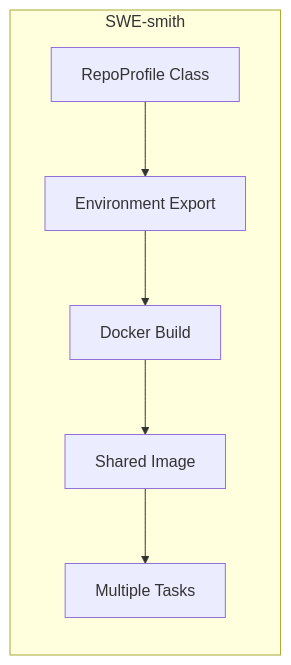
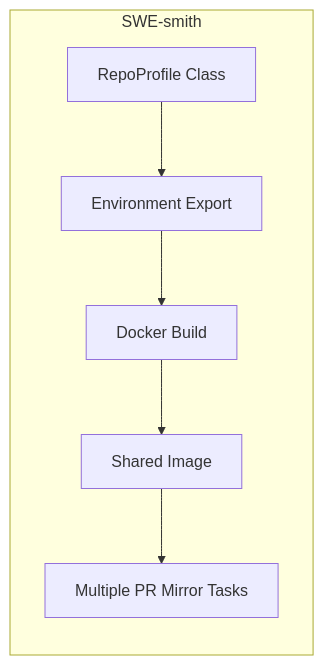
The fourth of 8 diagrams in docs/swe_smith_comparison.md (danielzayas/taskgen), drawn with Mermaid before and after one commit. The commit also changed other lines of this file, not shown here.

````diff
--- a/docs/swe_smith_comparison.md
+++ b/docs/swe_smith_comparison.md
@@ -68,14 +200,14 @@
 ```mermaid
 flowchart LR
     subgraph SWESmith [SWE-smith]
         Profile[RepoProfile Class]
         EnvExport[Environment Export]
         DockerBuild[Docker Build]
         Image[Shared Image]
-        Tasks[Multiple Tasks]
+        Tasks[Multiple PR Mirror Tasks]
     end
     
     Profile --> EnvExport
     EnvExport --> DockerBuild --> Image
     Image --> Tasks
 ```
````
